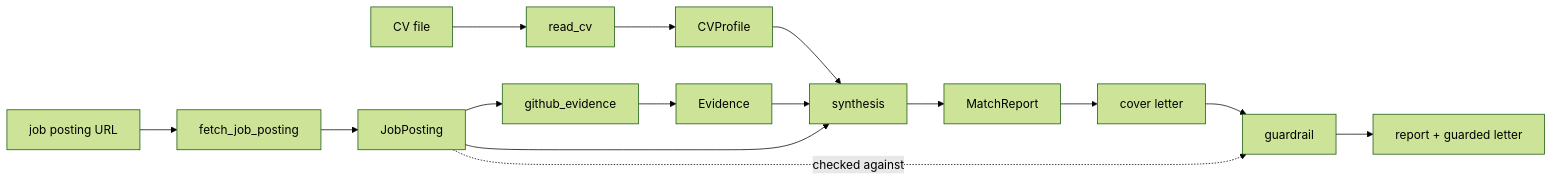
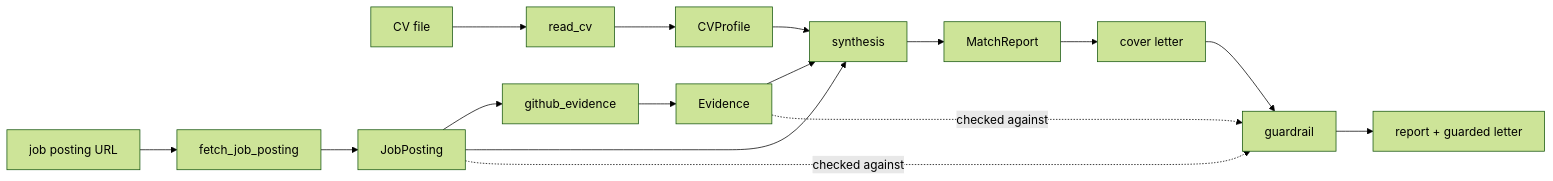
One commit to P0w3r223/apply-scout changed the diagram in README.md. Above: the diagram before and after it, drawn with Mermaid (forest theme). The commit also changed other lines of this file and 16 other files, not shown here.

````diff
--- a/README.md
+++ b/README.md
@@ -39,13 +39,14 @@
 ```mermaid
 flowchart LR
   URL[job posting URL] --> FJ[fetch_job_posting]
   CVF[CV file] --> RC[read_cv]
   FJ --> JP[JobPosting]
   RC --> CVP[CVProfile]
   JP --> GE[github_evidence] --> EV[Evidence]
   JP --> SYN[synthesis]
   CVP --> SYN
   EV --> SYN
+  EV -.->|checked against| G
   SYN --> MR[MatchReport] --> CL[cover letter] --> G[guardrail] --> OUT[report + guarded letter]
   JP -.->|checked against| G
 ```
````
